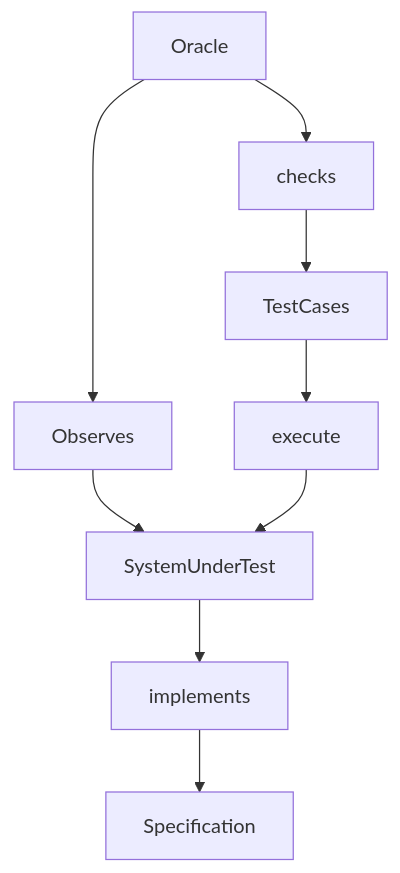
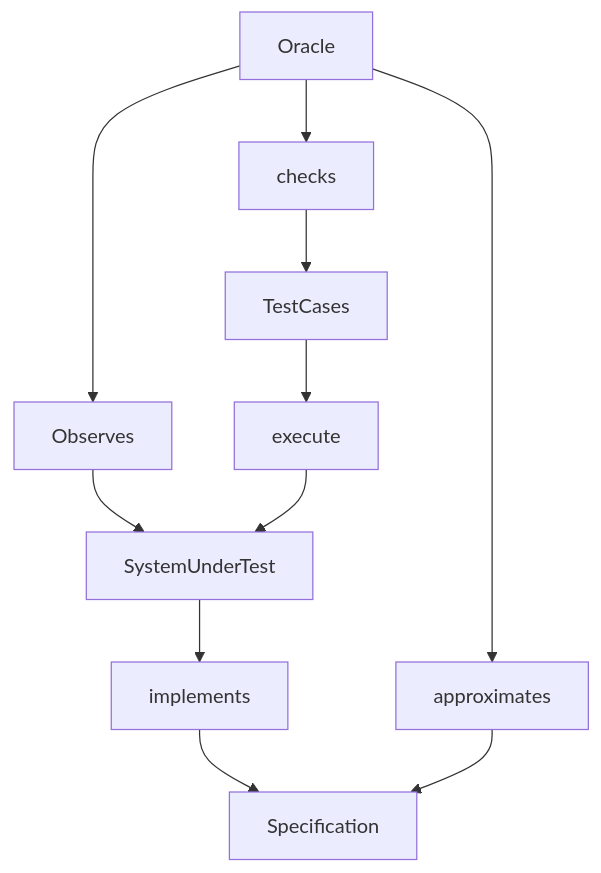
The diagram in README.md (hajer78945/eng5), drawn with Mermaid before and after one commit.

````diff
--- a/README.md
+++ b/README.md
@@ -123,8 +123,9 @@
 ```mermaid
 graph TD;
 	SystemUnderTest --> implements --> Specification
 	Oracle --> Observes --> SystemUnderTest
     TestCases --> execute --> SystemUnderTest
 	Oracle --> checks --> TestCases
+	Oracle --> approximates --> Specification
 	
 ```
````
